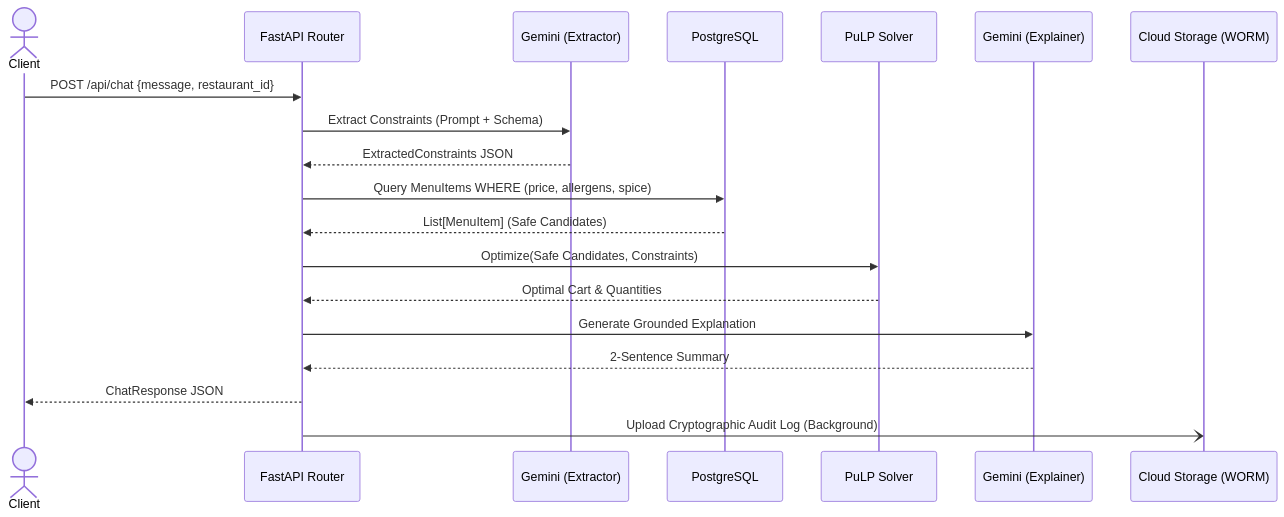
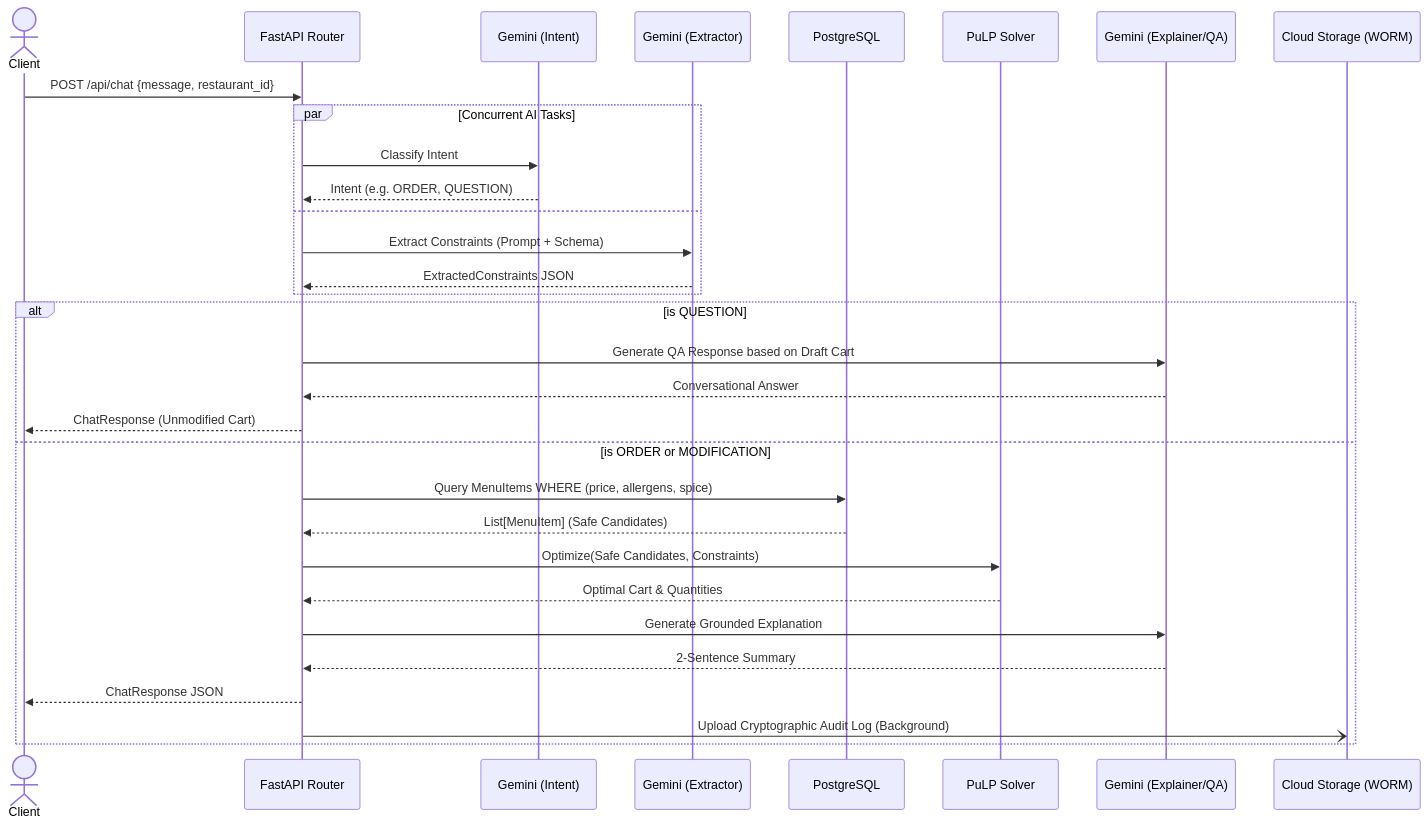
One commit to ConsoleCzar-2/SmartDiner changed the third of 3 diagrams in docs/UML.md. Above: the diagram before and after it, drawn with Mermaid. The commit also changed other lines of this file and 21 other files, not shown here.

Commit message:
Refined the governed multi-stage AI concierge pipeline with intent classification, ILP optimization, and stateful chat session support.

````diff
--- a/docs/UML.md
+++ b/docs/UML.md
@@ -91,28 +133,41 @@
 ```mermaid
 sequenceDiagram
     actor Client
     participant API as FastAPI Router
-    participant LLM1 as Gemini (Extractor)
+    participant LLM1 as Gemini (Intent)
+    participant LLM2 as Gemini (Extractor)
     participant DB as PostgreSQL
     participant ILP as PuLP Solver
-    participant LLM2 as Gemini (Explainer)
+    participant LLM3 as Gemini (Explainer/QA)
     participant GCS as Cloud Storage (WORM)
 
     Client->>API: POST /api/chat {message, restaurant_id}
-    API->>LLM1: Extract Constraints (Prompt + Schema)
-    LLM1-->>API: ExtractedConstraints JSON
     
-    API->>DB: Query MenuItems WHERE (price, allergens, spice)
-    DB-->>API: List[MenuItem] (Safe Candidates)
+    par Concurrent AI Tasks
+        API->>LLM1: Classify Intent
+        LLM1-->>API: Intent (e.g. ORDER, QUESTION)
+    and
+        API->>LLM2: Extract Constraints (Prompt + Schema)
+        LLM2-->>API: ExtractedConstraints JSON
+    end
     
-    API->>ILP: Optimize(Safe Candidates, Constraints)
-    ILP-->>API: Optimal Cart & Quantities
-    
-    API->>LLM2: Generate Grounded Explanation
-    LLM2-->>API: 2-Sentence Summary
-    
-    API-->>Client: ChatResponse JSON
-    
-    %% Background task for compliance
-    API-)GCS: Upload Cryptographic Audit Log (Background)
+    alt is QUESTION
+        API->>LLM3: Generate QA Response based on Draft Cart
+        LLM3-->>API: Conversational Answer
+        API-->>Client: ChatResponse (Unmodified Cart)
+    else is ORDER or MODIFICATION
+        API->>DB: Query MenuItems WHERE (price, allergens, spice)
+        DB-->>API: List[MenuItem] (Safe Candidates)
+        
+        API->>ILP: Optimize(Safe Candidates, Constraints)
+        ILP-->>API: Optimal Cart & Quantities
+        
+        API->>LLM3: Generate Grounded Explanation
+        LLM3-->>API: 2-Sentence Summary
+        
+        API-->>Client: ChatResponse JSON
+        
+        %% Background task for compliance
+        API-)GCS: Upload Cryptographic Audit Log (Background)
+    end
 ```
````
